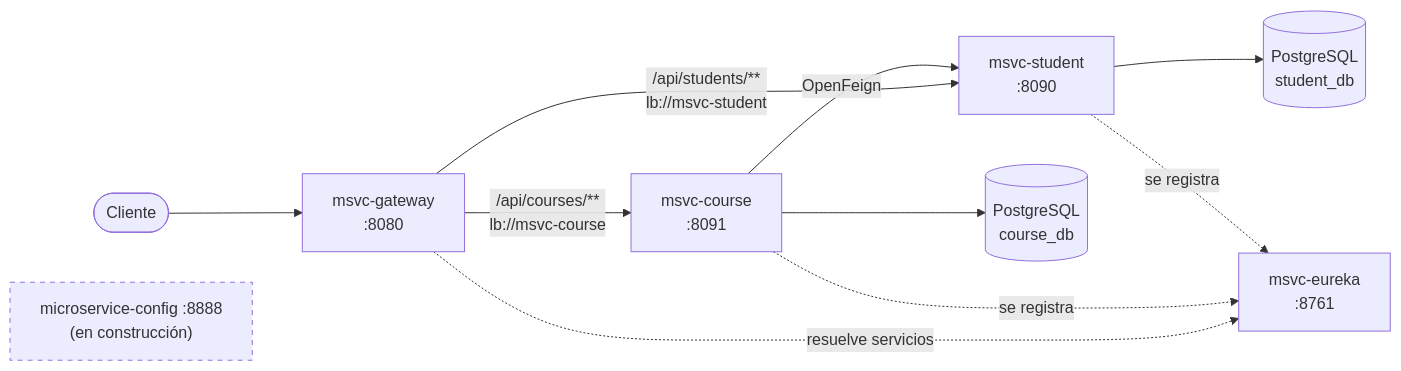
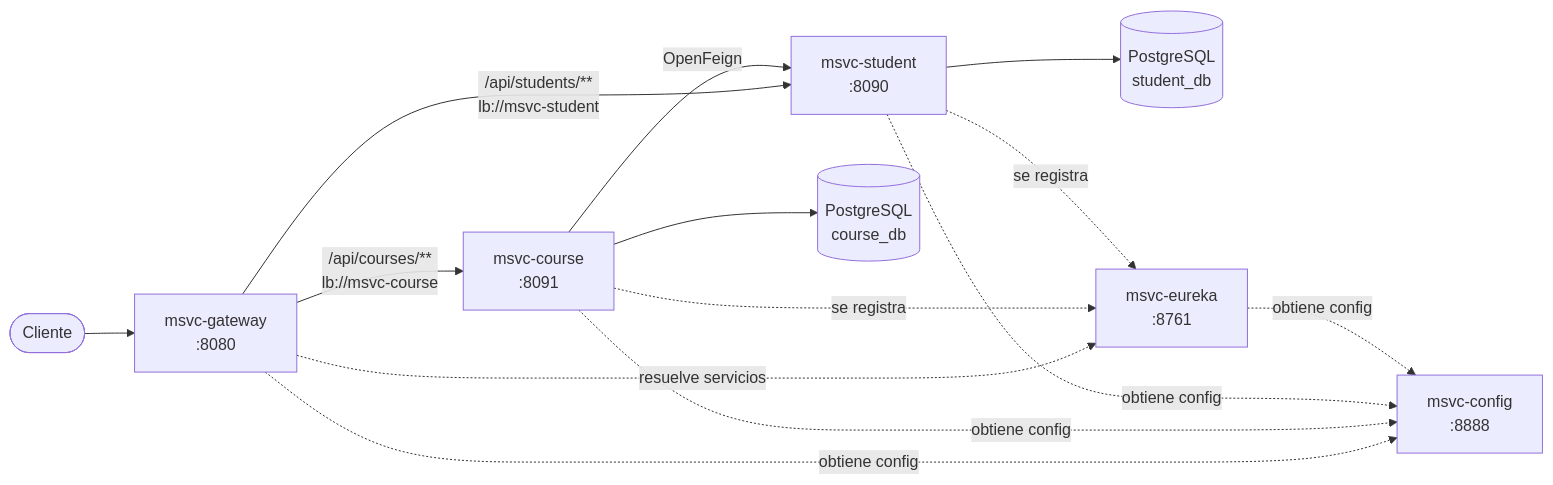
Before and after one commit to FelipeUH/student-courses-msvc: the first of 2 diagrams in README.md, drawn with Mermaid. The commit also changed other lines of this file, not shown here.

First line of the commit message:
docs: document Config Server setup and environment variables

````diff
--- a/README.md
+++ b/README.md
@@ -7,17 +7,20 @@
 ```mermaid
 flowchart LR
     C([Cliente]) --> GW["msvc-gateway<br/>:8080"]
     GW -->|"/api/courses/**<br/>lb://msvc-course"| CS["msvc-course<br/>:8091"]
     GW -->|"/api/students/**<br/>lb://msvc-student"| SS["msvc-student<br/>:8090"]
     CS -->|OpenFeign| SS
     CS --> CDB[("PostgreSQL<br/>course_db")]
     SS --> SDB[("PostgreSQL<br/>student_db")]
 
     EU["msvc-eureka<br/>:8761"]
     GW -.->|resuelve servicios| EU
     CS -.->|se registra| EU
     SS -.->|se registra| EU
 
-    CFG["microservice-config :8888<br/>(en construcción)"]
-    style CFG stroke-dasharray: 5 5
+    CFG["msvc-config<br/>:8888"]
+    GW -.->|obtiene config| CFG
+    CS -.->|obtiene config| CFG
+    SS -.->|obtiene config| CFG
+    EU -.->|obtiene config| CFG
 ```
````
